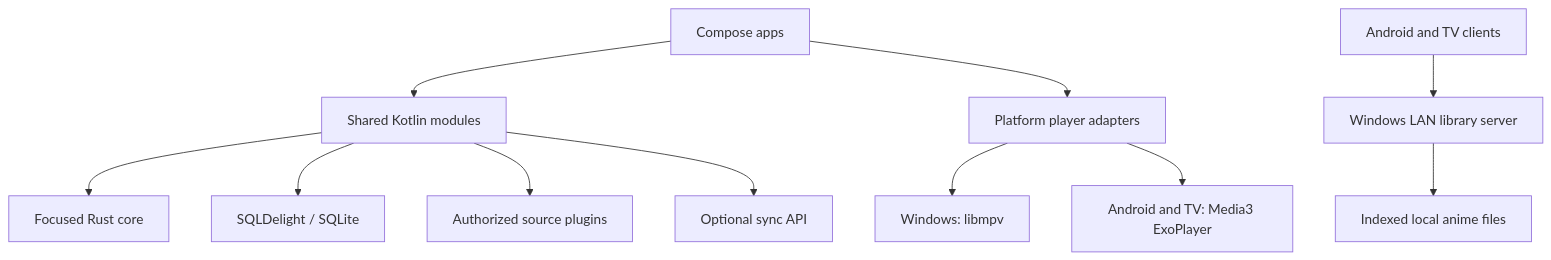
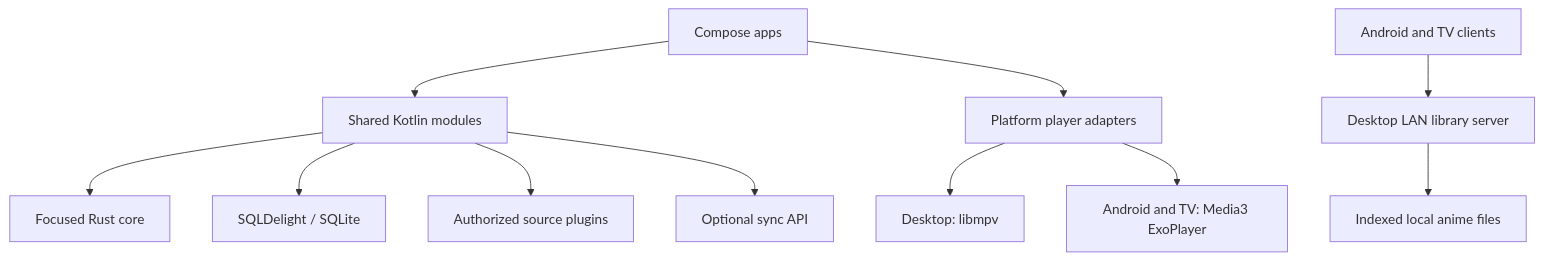
Before and after one commit to Energy0124/Danmaku: the first of 4 diagrams in docs/architecture.md, drawn with Mermaid. The commit also changed other lines of this file and 21 other files, not shown here.

````diff
--- a/docs/architecture.md
+++ b/docs/architecture.md
@@ -14,13 +14,13 @@
 ```mermaid
 flowchart TD
     Apps["Compose apps"] --> Shared["Shared Kotlin modules"]
     Apps --> Players["Platform player adapters"]
-    Android["Android and TV clients"] --> Lan["Windows LAN library server"]
+    Android["Android and TV clients"] --> Lan["Desktop LAN library server"]
     Lan --> Files["Indexed local anime files"]
     Shared --> Native["Focused Rust core"]
     Shared --> Db["SQLDelight / SQLite"]
     Shared --> Sources["Authorized source plugins"]
-    Players --> Mpv["Windows: libmpv"]
+    Players --> Mpv["Desktop: libmpv"]
     Players --> Media3["Android and TV: Media3 ExoPlayer"]
     Shared --> Api["Optional sync API"]
 ```
````
